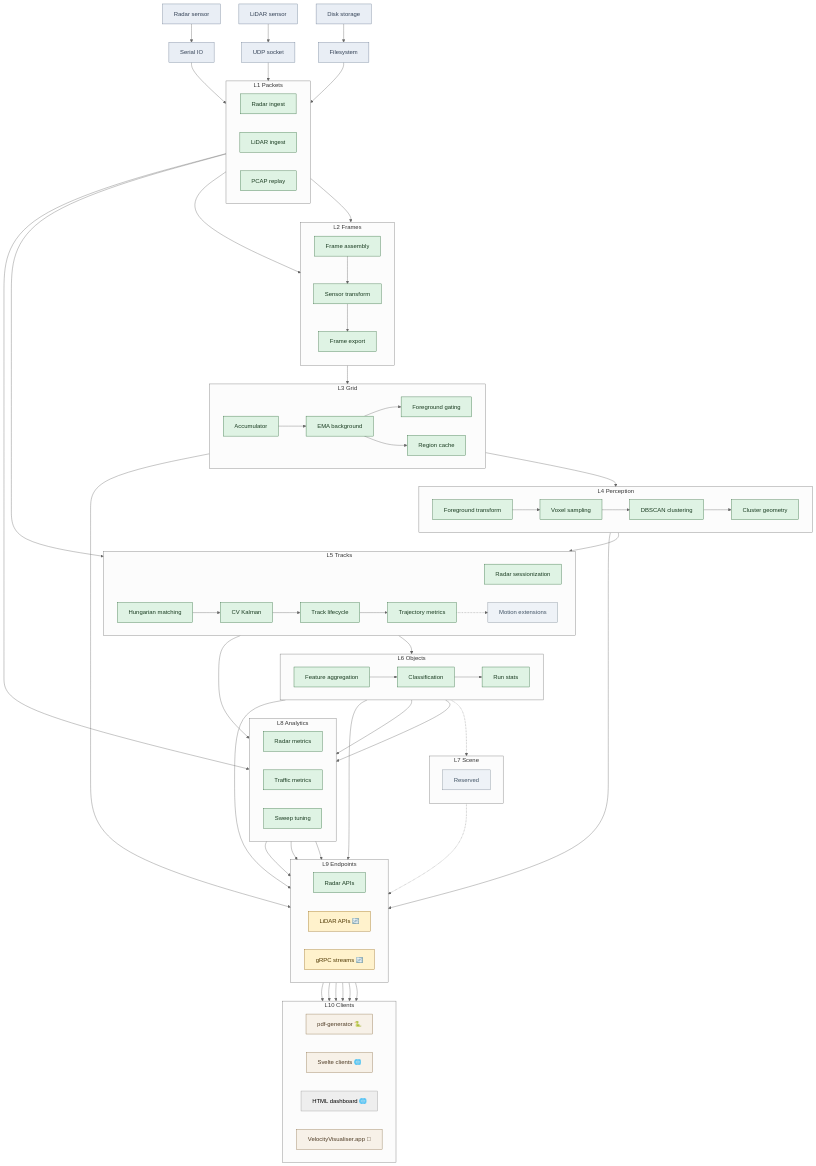
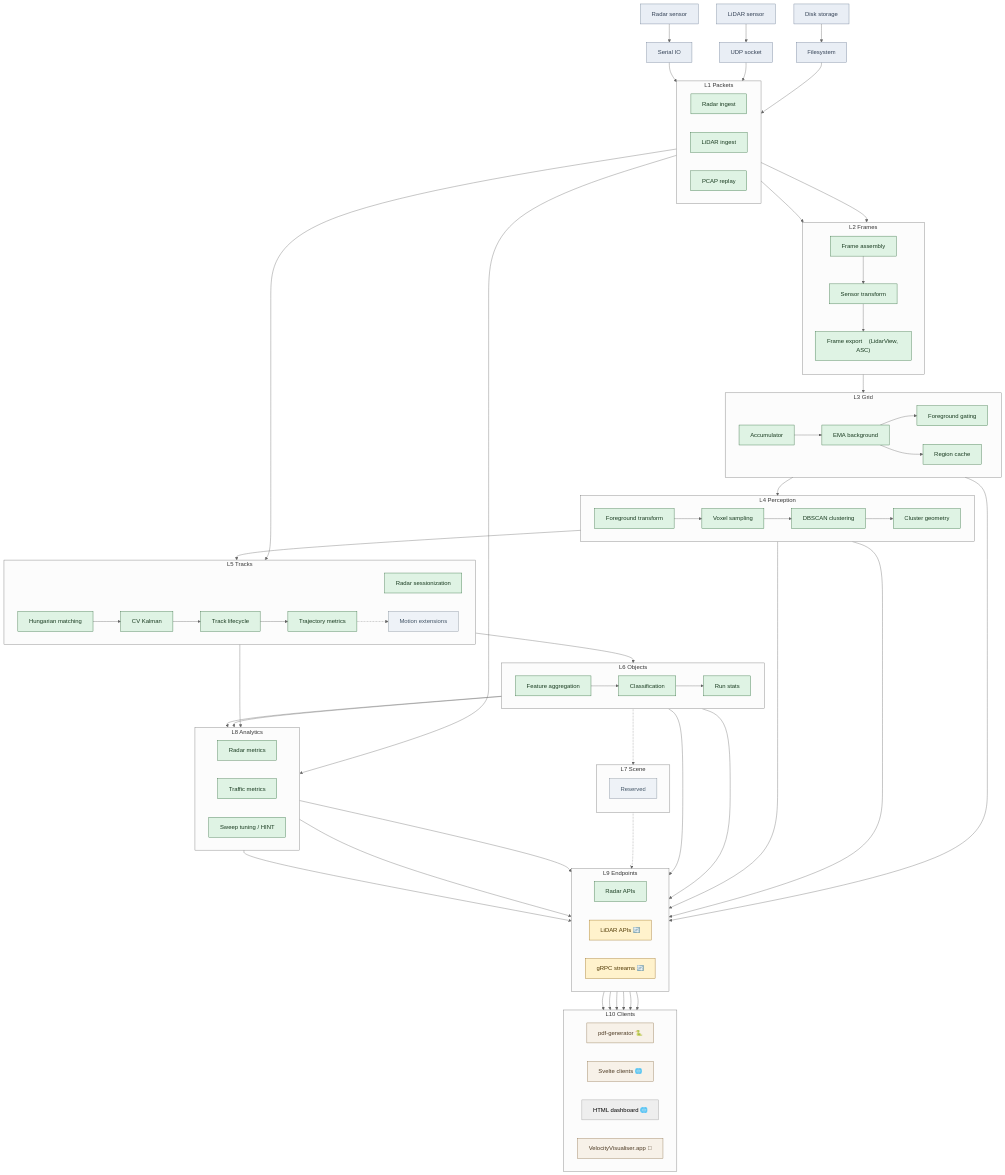
Before and after one commit to banshee-data/velocity.report: the diagram in docs/lidar/architecture/lidar-data-layer-model.md, drawn with Mermaid (neutral theme).

Commit message:
[docs] update LiDAR data layer model documentation with enhanced flowchart labels for clarity

```diff
--- a/docs/lidar/architecture/lidar-data-layer-model.md
+++ b/docs/lidar/architecture/lidar-data-layer-model.md
@@ -67,7 +67,7 @@
         direction TB
         L2a["Frame assembly"]
         L2b["Sensor transform"]
-        L2c["Frame export"]
+        L2c["Frame export    (LidarView, ASC)"]
     end
 
     subgraph L3["L3 Grid"]
@@ -112,7 +112,7 @@
         direction LR
         L8a["Radar metrics"]
         L8b["Traffic metrics"]
-        L8c["Sweep tuning"]
+        L8c["Sweep tuning / HINT"]
     end
 
     subgraph L9["L9 Endpoints"]
@@ -162,6 +162,7 @@
     L6c --> L8b
     L6c --> L8c
     L3b --> L9c
+    L4a --> L9c
     L4d --> L9c
     L6b --> L9c
     L8c --> L9b
```
